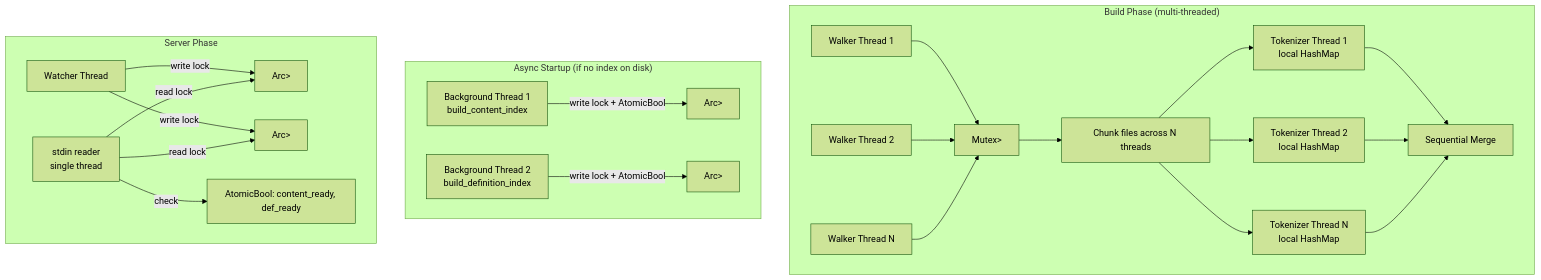
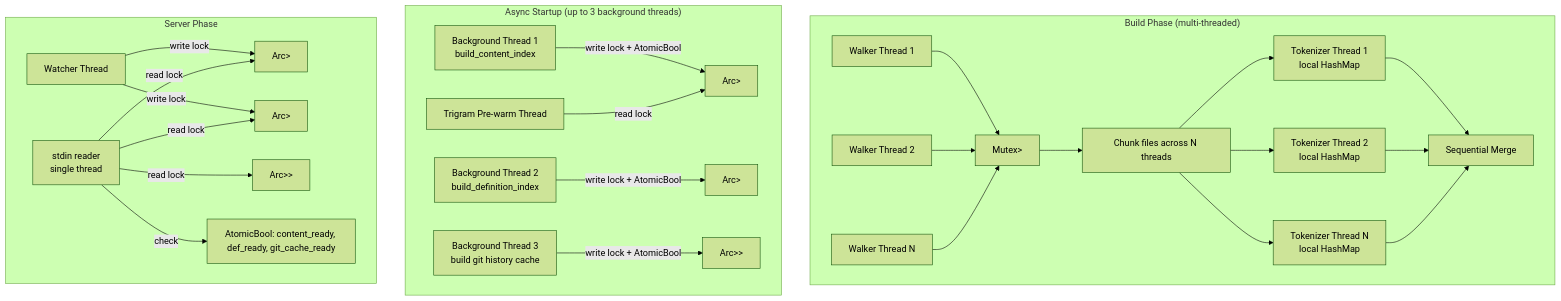
The first of 2 diagrams in docs/concurrency.md (pustynsky/xray), drawn with Mermaid (forest theme) before and after one commit. The commit also changed other lines of this file and 6 other files, not shown here.

````diff
--- a/docs/concurrency.md
+++ b/docs/concurrency.md
@@ -14,32 +14,35 @@
 ```mermaid
 graph TB
     subgraph "Build Phase (multi-threaded)"
         W1[Walker Thread 1]
         W2[Walker Thread 2]
         WN[Walker Thread N]
         W1 --> M1["Mutex<Vec<FileEntry>>"]
         W2 --> M1
         WN --> M1
         M1 --> CHUNK[Chunk files across N threads]
         CHUNK --> T1[Tokenizer Thread 1<br/>local HashMap]
         CHUNK --> T2[Tokenizer Thread 2<br/>local HashMap]
         CHUNK --> TN[Tokenizer Thread N<br/>local HashMap]
         T1 --> MERGE[Sequential Merge]
         T2 --> MERGE
         TN --> MERGE
     end
 
-    subgraph "Async Startup (if no index on disk)"
+    subgraph "Async Startup (up to 3 background threads)"
         BG1[Background Thread 1<br/>build_content_index] -->|write lock + AtomicBool| IDX2["Arc<RwLock<ContentIndex>>"]
         BG2[Background Thread 2<br/>build_definition_index] -->|write lock + AtomicBool| DIDX2["Arc<RwLock<DefinitionIndex>>"]
+        BG3[Background Thread 3<br/>build git history cache] -->|write lock + AtomicBool| GIT2["Arc<RwLock<Option<GitHistoryCache>>>"]
+        WARM[Trigram Pre-warm Thread] -->|read lock| IDX2
     end
 
     subgraph "Server Phase"
         STDIN[stdin reader<br/>single thread] -->|read lock| IDX["Arc<RwLock<ContentIndex>>"]
         STDIN -->|read lock| DIDX["Arc<RwLock<DefinitionIndex>>"]
-        STDIN -->|check| FLAGS["AtomicBool: content_ready, def_ready"]
+        STDIN -->|read lock| GITC["Arc<RwLock<Option<GitHistoryCache>>>"]
+        STDIN -->|check| FLAGS["AtomicBool: content_ready, def_ready, git_cache_ready"]
 
         WT[Watcher Thread] -->|write lock| IDX
         WT -->|write lock| DIDX
     end
 ```
````
